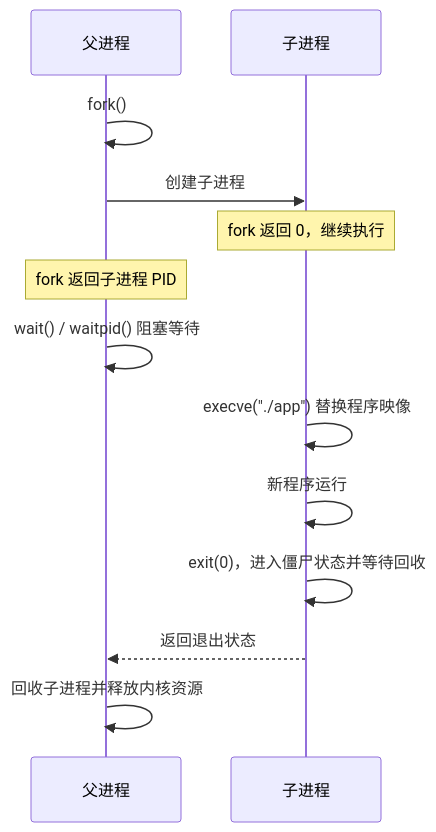
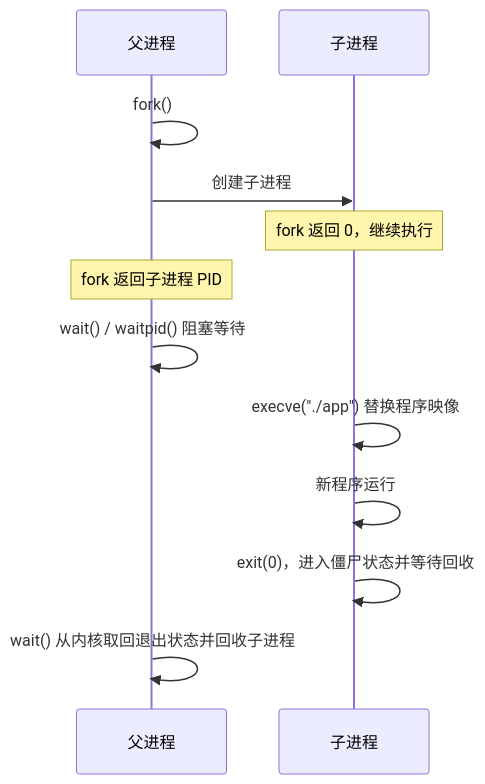
Before and after one commit to xiehanff/myblog: the third of 3 diagrams in content/cs101/03-操作系统与程序运行/02-进程、线程与调度.md, drawn with Mermaid. The commit also changed other lines of this file and 16 other files, not shown here.

First line of the commit message:
docs: 替换旧图片为 Mermaid 图表并完善内容说明

````diff
--- a/content/cs101/03-操作系统与程序运行/02-进程、线程与调度.md
+++ b/content/cs101/03-操作系统与程序运行/02-进程、线程与调度.md
@@ -131,15 +150,14 @@
 ```mermaid
 sequenceDiagram
   participant Parent as 父进程
   participant Child as 子进程
   Parent->>Parent: fork()
   Parent->>Child: 创建子进程
   Note over Child: fork 返回 0，继续执行
   Note over Parent: fork 返回子进程 PID
   Parent->>Parent: wait() / waitpid() 阻塞等待
   Child->>Child: execve("./app") 替换程序映像
   Child->>Child: 新程序运行
   Child->>Child: exit(0)，进入僵尸状态并等待回收
-  Child-->>Parent: 返回退出状态
-  Parent->>Parent: 回收子进程并释放内核资源
+  Parent->>Parent: wait() 从内核取回退出状态并回收子进程
 ```
````
